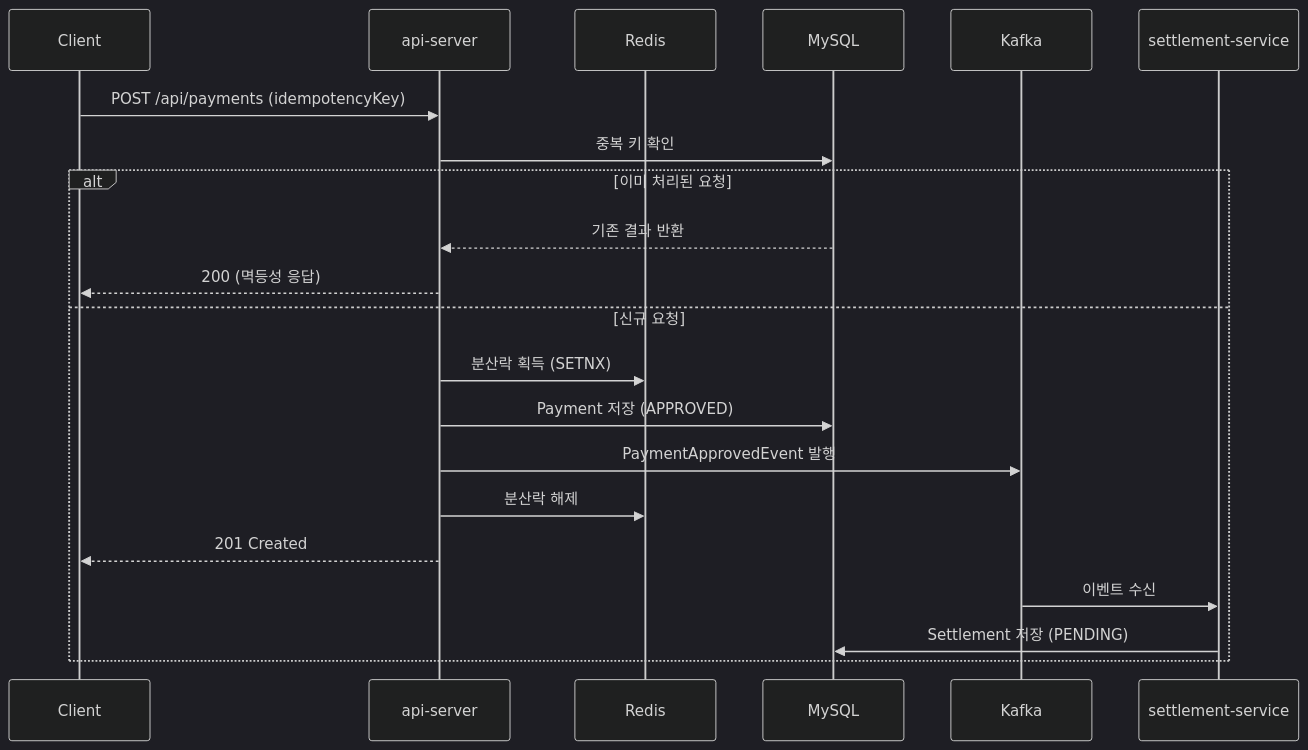
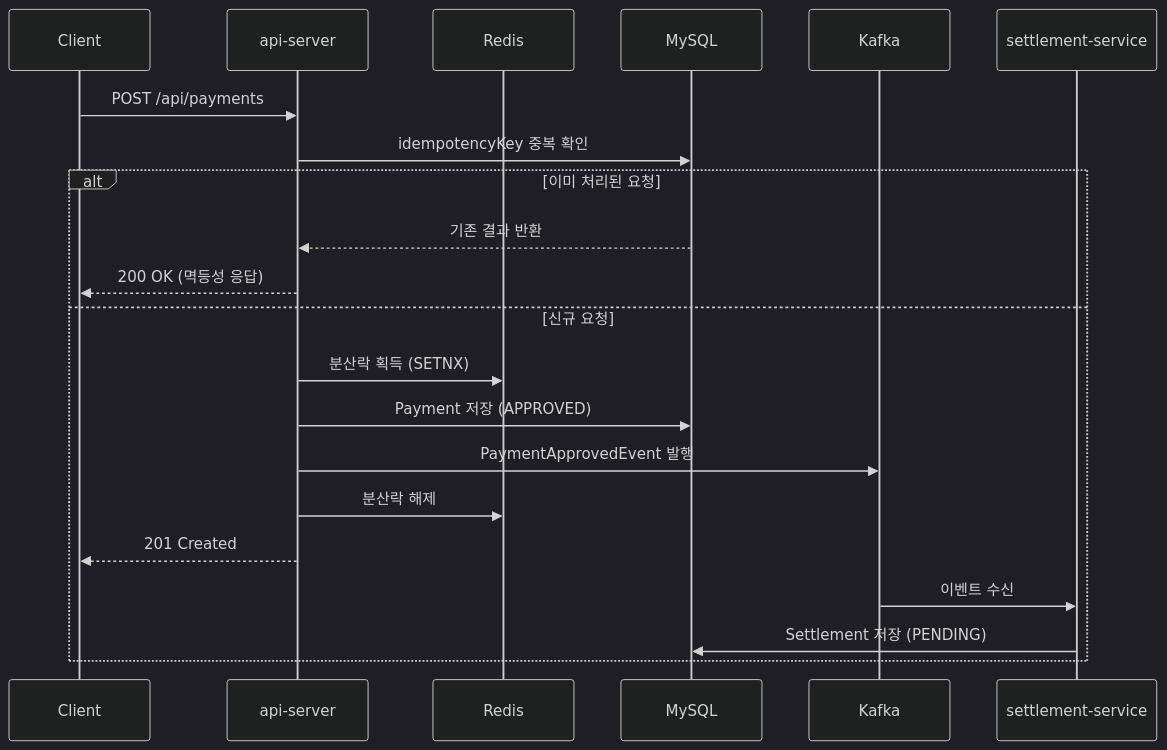
One commit to Yunisung/payment-platform changed the second of 2 diagrams in README.md. Above: the diagram before and after it, drawn with Mermaid (dark theme). The commit also changed other lines of this file, not shown here.

First line of the commit message:
문서: README Mermaid 다이어그램 렌더링 오류 수정

````diff
--- a/README.md
+++ b/README.md
@@ -62,24 +62,24 @@
 ```mermaid
 sequenceDiagram
     participant C as Client
     participant A as api-server
     participant R as Redis
     participant DB as MySQL
     participant K as Kafka
     participant S as settlement-service
 
-    C->>A: POST /api/payments (idempotencyKey)
-    A->>DB: 중복 키 확인
+    C->>A: POST /api/payments
+    A->>DB: idempotencyKey 중복 확인
     alt 이미 처리된 요청
         DB-->>A: 기존 결과 반환
-        A-->>C: 200 (멱등성 응답)
+        A-->>C: 200 OK (멱등성 응답)
     else 신규 요청
         A->>R: 분산락 획득 (SETNX)
         A->>DB: Payment 저장 (APPROVED)
         A->>K: PaymentApprovedEvent 발행
         A->>R: 분산락 해제
         A-->>C: 201 Created
         K->>S: 이벤트 수신
         S->>DB: Settlement 저장 (PENDING)
     end
 ```
````
